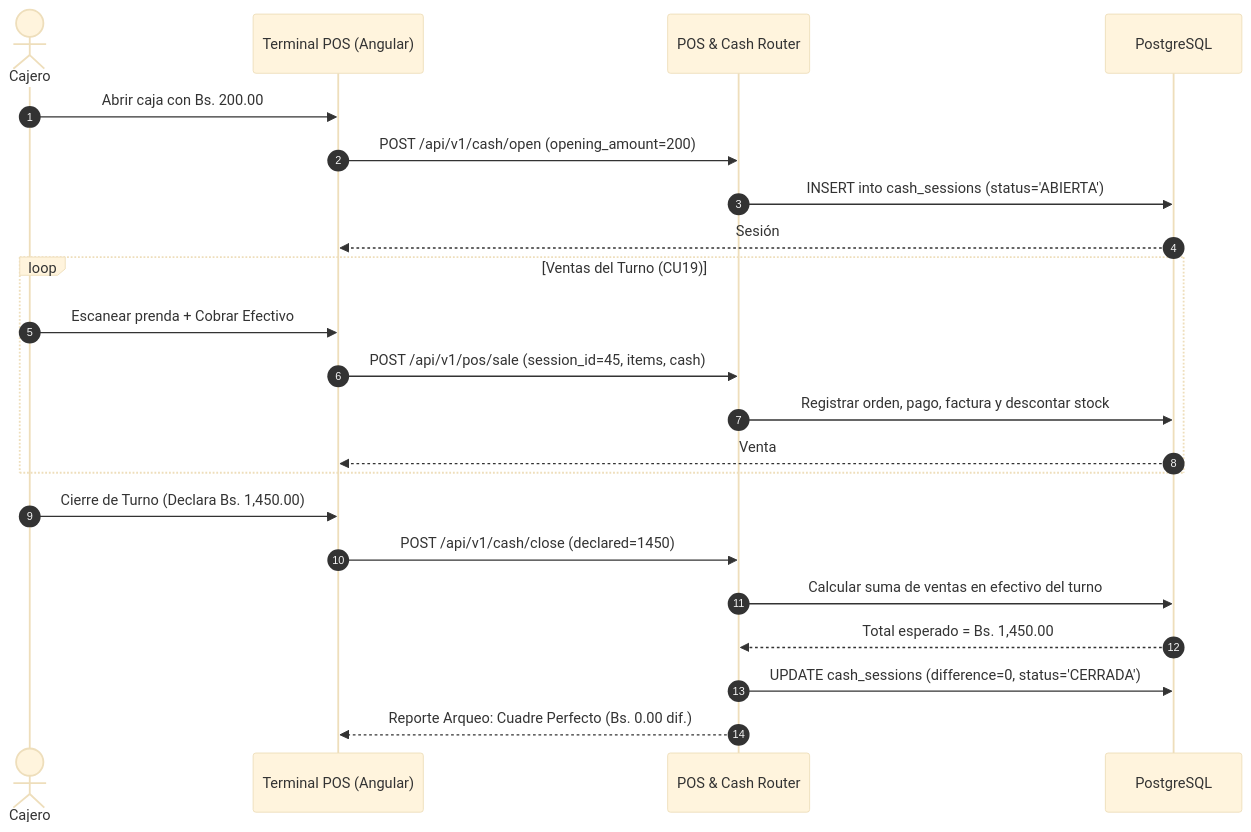
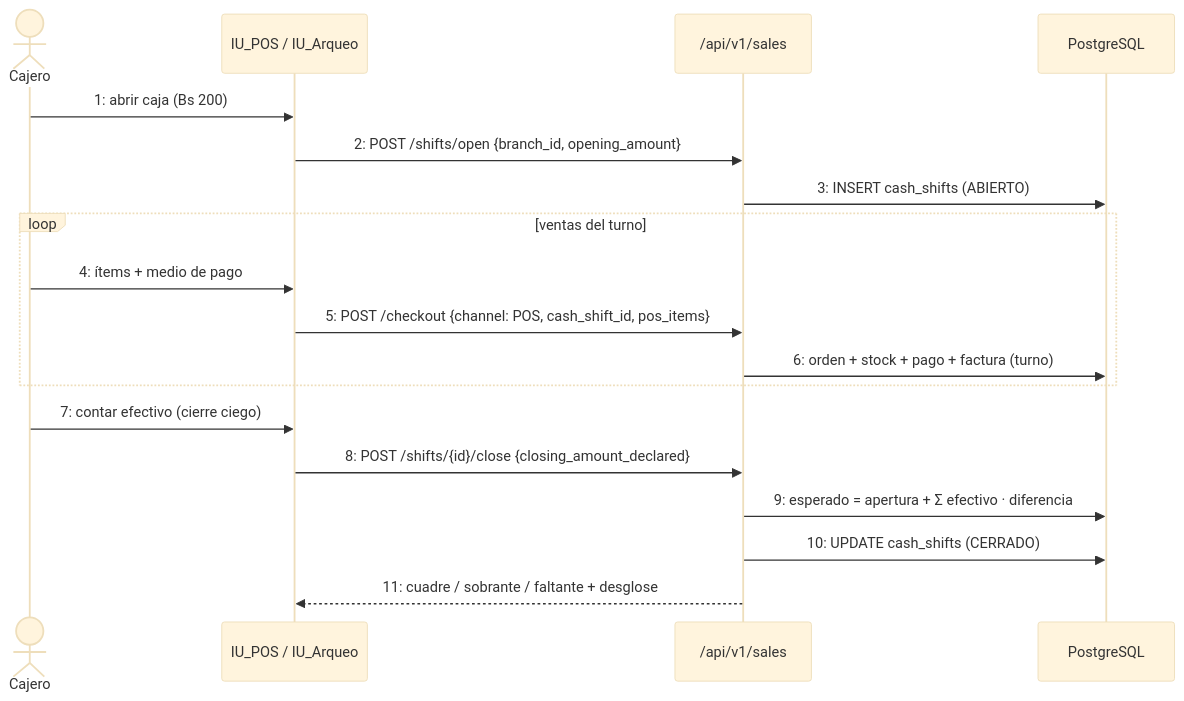
One commit to jc-larry/ecommerce-fashionstore changed the ninth of 14 diagrams in Ciclo2.md. Above: the diagram before and after it, drawn with Mermaid (base theme). The commit also changed other lines of this file and 267 other files, not shown here.

````diff
--- a/Ciclo2.md
+++ b/Ciclo2.md
@@ -734,27 +519,21 @@
 ```mermaid
 sequenceDiagram
-    autonumber
-    actor Cajero
-    participant POS as Terminal POS (Angular)
-    participant API as POS & Cash Router
+    actor Cj as Cajero
+    participant POS as IU_POS / IU_Arqueo
+    participant API as /api/v1/sales
     participant DB as PostgreSQL
 
-    Cajero->>POS: Abrir caja con Bs. 200.00
-    POS->>API: POST /api/v1/cash/open (opening_amount=200)
-    API->>DB: INSERT into cash_sessions (status='ABIERTA')
-    DB-->>POS: Sesión #45 Activa
-
-    loop Ventas del Turno (CU19)
-        Cajero->>POS: Escanear prenda + Cobrar Efectivo
-        POS->>API: POST /api/v1/pos/sale (session_id=45, items, cash)
-        API->>DB: Registrar orden, pago, factura y descontar stock
-        DB-->>POS: Venta #102 Exitosa (Imprimir Ticket)
+    Cj->>POS: 1: abrir caja (Bs 200)
+    POS->>API: 2: POST /shifts/open {branch_id, opening_amount}
+    API->>DB: 3: INSERT cash_shifts (ABIERTO)
+    loop ventas del turno
+        Cj->>POS: 4: ítems + medio de pago
+        POS->>API: 5: POST /checkout {channel: POS, cash_shift_id, pos_items}
+        API->>DB: 6: orden + stock + pago + factura (turno)
     end
-
-    Cajero->>POS: Cierre de Turno (Declara Bs. 1,450.00)
-    POS->>API: POST /api/v1/cash/close (declared=1450)
-    API->>DB: Calcular suma de ventas en efectivo del turno
-    DB-->>API: Total esperado = Bs. 1,450.00
-    API->>DB: UPDATE cash_sessions (difference=0, status='CERRADA')
-    API-->>POS: Reporte Arqueo: Cuadre Perfecto (Bs. 0.00 dif.)
+    Cj->>POS: 7: contar efectivo (cierre ciego)
+    POS->>API: 8: POST /shifts/{id}/close {closing_amount_declared}
+    API->>DB: 9: esperado = apertura + Σ efectivo · diferencia
+    API->>DB: 10: UPDATE cash_shifts (CERRADO)
+    API-->>POS: 11: cuadre / sobrante / faltante + desglose
 ```
````
